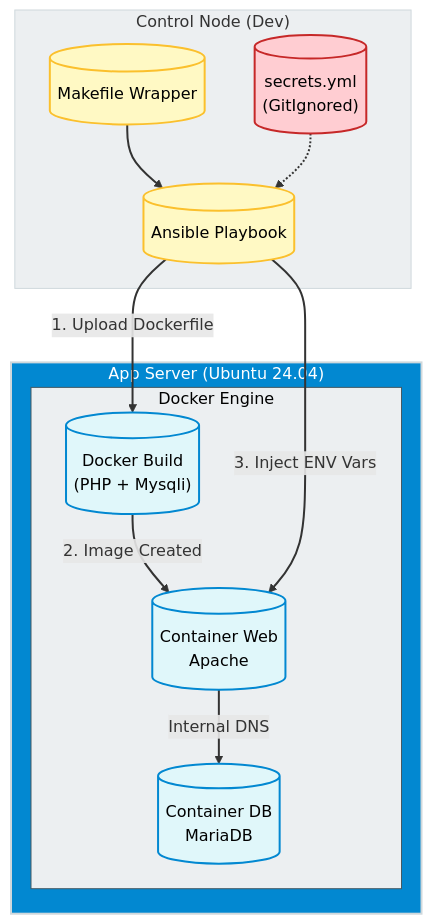
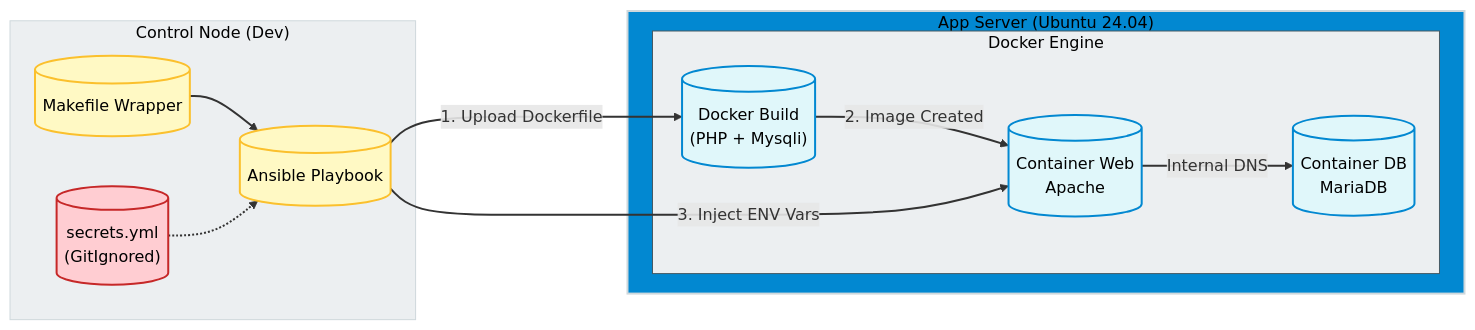
Before and after one commit to daniel-zamo/daniel-zamo.github.io: the diagram in src/content/docs/en/projects/middleware/lamp-ansible-docker.mdx, drawn with Mermaid. The commit also changed 1 other file, not shown here.

Commit message:
update mermaid diagrams

````diff
--- a/src/content/docs/en/projects/middleware/lamp-ansible-docker.mdx
+++ b/src/content/docs/en/projects/middleware/lamp-ansible-docker.mdx
@@ -29,36 +29,36 @@
 ```mermaid
-graph TD
+graph LR
     %% --- Style Definitions ---
     classDef ansibleNode fill:#fff9c4,stroke:#fbc02d,stroke-width:2px,color:#000000;
     classDef dockerNode fill:#e0f7fa,stroke:#0288d1,stroke-width:2px,color:#000000;
     classDef secretNode fill:#ffcdd2,stroke:#c62828,stroke-width:2px,color:#000000;
 
     subgraph Control_Node ["Control Node (Dev)"]
-        style Control_Node fill:#eceff1,stroke:#cfd8dc
+        style Control_Node fill:#eceff1,stroke:#cfd8dc,color:#000000
         Make[("Makefile Wrapper")]:::ansibleNode
         Ansible[("Ansible Playbook")]:::ansibleNode
         Secrets[("secrets.yml<br/>(GitIgnored)")]:::secretNode
         
         Make --> Ansible
         Secrets -.-> Ansible
     end
 
     subgraph Remote_Host ["App Server (Ubuntu 24.04)"]
-        style Remote_Host fill:#0288d1,stroke:#cfd8dc,stroke-width:2px,color:#ffffff
+        style Remote_Host fill:#0288d1,stroke:#cfd8dc,stroke-width:2px,color:#000000
         
         subgraph Docker_Runtime ["Docker Engine"]
             style Docker_Runtime fill:#eceff1,stroke:#455a64,color:#000000
             
             Build[("Docker Build<br/>(PHP + Mysqli)")]:::dockerNode
             App[("Container Web<br/>Apache")]:::dockerNode
             DB[("Container DB<br/>MariaDB")]:::dockerNode
             
             Ansible -- "1. Upload Dockerfile" --> Build
             Build -- "2. Image Created" --> App
             Ansible -- "3. Inject ENV Vars" --> App
             App -- "Internal DNS" --> DB
         end
     end
     
     linkStyle default stroke:#333,stroke-width:2px,fill:none;
 ```
````
